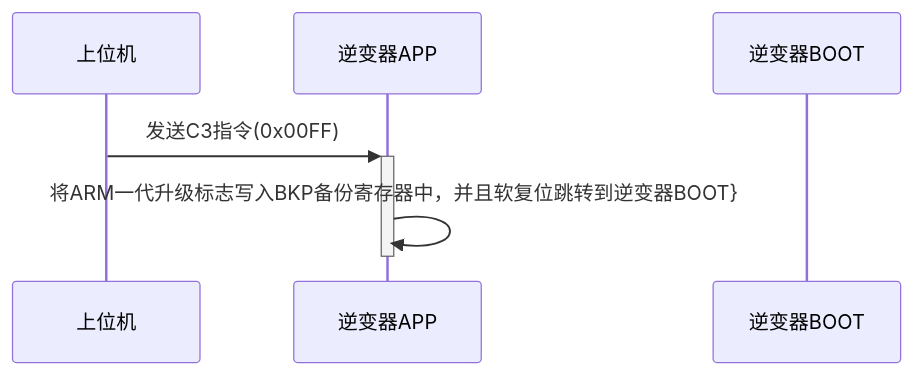
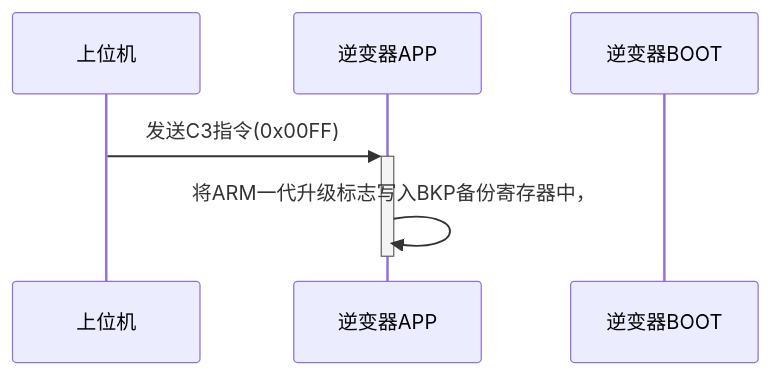
The diagram in all/未命名-2.md (2078142847/iodraw-files), drawn with Mermaid before and after one commit.

Commit message:
2024-05-30 15:31:59 update

````diff
--- a/all/未命名-2.md
+++ b/all/未命名-2.md
@@ -1,11 +1,12 @@
 ```mermaid
 sequenceDiagram
 
     participant A as 上位机
     participant B as 逆变器APP
     participant C as 逆变器BOOT
     A->>+B: 发送C3指令(0x00FF)
-    B->>-B: 将ARM一代升级标志写入BKP备份寄存器中，并且软复位跳转到逆变器BOOT}
+    B->>-B: 将ARM一代升级标志写入BKP备份寄存器中，
+    
 
     
 ```
````
